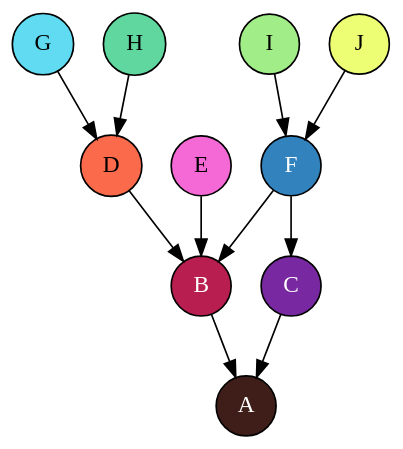
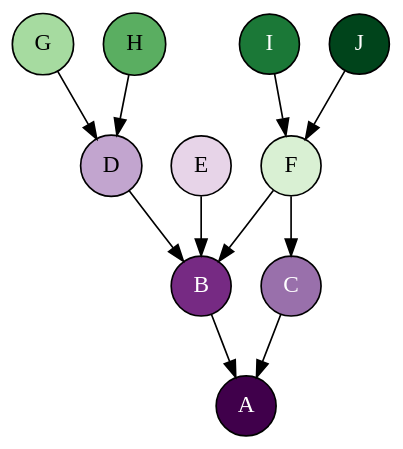
Before and after one commit to nirname/git-report: the second of 3 diagrams in index.md, drawn with Graphviz. The commit also changed other lines of this file and 6 other files, not shown here.

````diff
--- a/index.md
+++ b/index.md
@@ -93,25 +112,25 @@
 ```graphviz
 digraph revisions {
   bgcolor="transparent"
   node [shape="circle" fillcolor="#92B6E6" style=filled]
   { G, H } -> D
   { I, J } -> F
   { D, E, F } -> B
   F -> C
   { B, C } -> A
 
-  A, B, C, F[fontcolor="white"]
+  A, B, C, I, J[fontcolor="white"]
 
-  A[fillcolor="#3F1E19"]
-  B[fillcolor="#B91E50"]
-  C[fillcolor="#7828A0"]
-  D[fillcolor="#FB6A4A"]
-  E[fillcolor="#F569D7"]
-  F[fillcolor="#3182BD"]
-  G[fillcolor="#60DBF1"]
-  H[fillcolor="#61D7A0"]
-  I[fillcolor="#A1EE88"]
-  J[fillcolor="#EDFE74"]
+  A[fillcolor="#40004b"]
+  B[fillcolor="#762a83"]
+  C[fillcolor="#9970ab"]
+  D[fillcolor="#c2a5cf"]
+  E[fillcolor="#e7d4e8"]
+  F[fillcolor="#d9f0d3"]
+  G[fillcolor="#a6dba0"]
+  H[fillcolor="#5aae61"]
+  I[fillcolor="#1b7837"]
+  J[fillcolor="#00441b"]
 
 }
 ```
````
